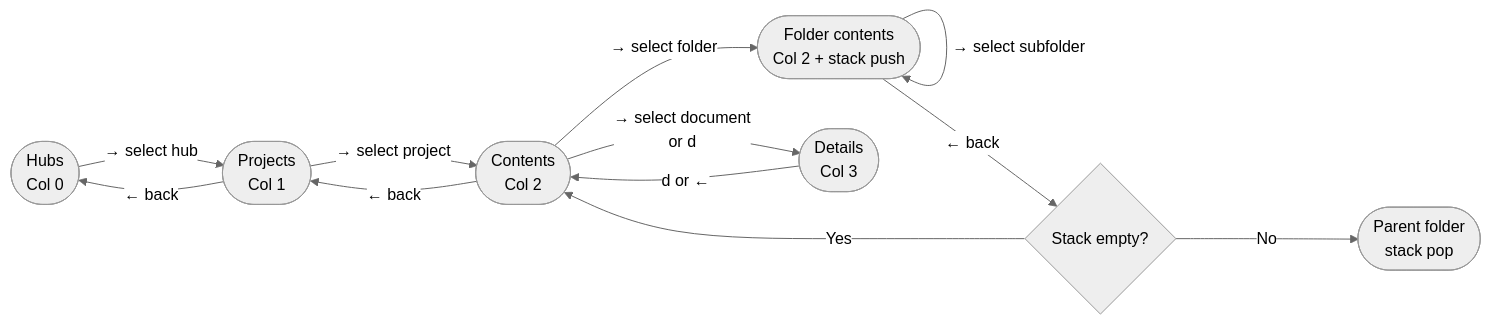
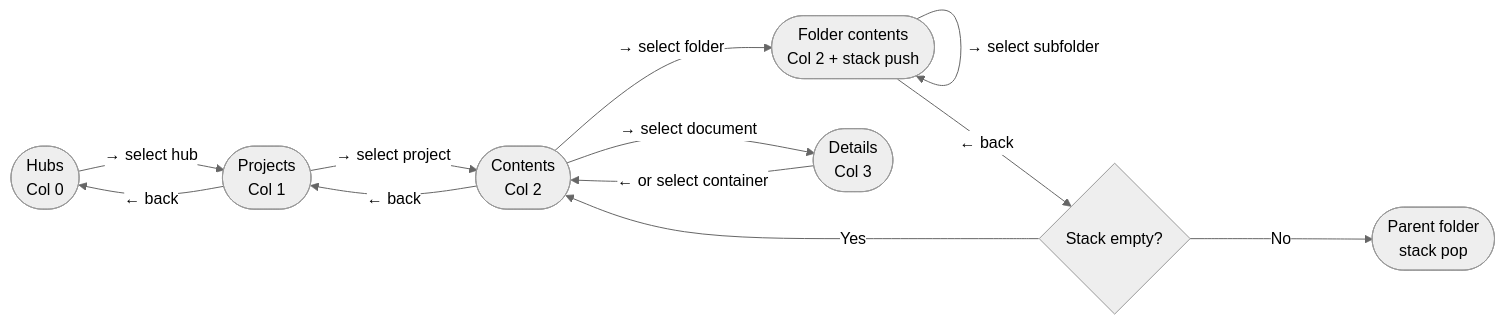
Before and after one commit to schneik80/FusionDataCLI: the third of 7 diagrams in docs/navigation.md, drawn with Mermaid (neutral theme). The commit also changed other lines of this file and 8 other files, not shown here.

````diff
--- a/docs/navigation.md
+++ b/docs/navigation.md
@@ -202,14 +203,14 @@
 ```mermaid
 flowchart LR
     A([Hubs\nCol 0]) -- "→ select hub" --> B([Projects\nCol 1])
     B -- "→ select project" --> C([Contents\nCol 2])
     C -- "→ select folder" --> D([Folder contents\nCol 2 + stack push])
     D -- "→ select subfolder" --> D
     D -- "← back" --> E{Stack empty?}
     E -- No --> D2([Parent folder\nstack pop])
     E -- Yes --> C
     C -- "← back" --> B
     B -- "← back" --> A
-    C -- "→ select document\nor d" --> F([Details\nCol 3])
-    F -- "d or ←" --> C
+    C -- "→ select document" --> F([Details\nCol 3])
+    F -- "← or select container" --> C
 ```
````
